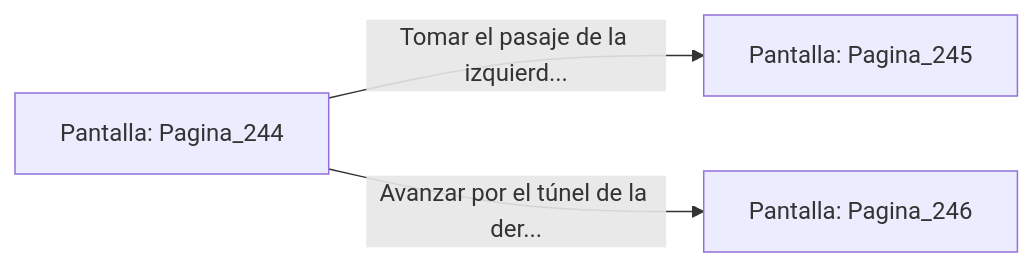
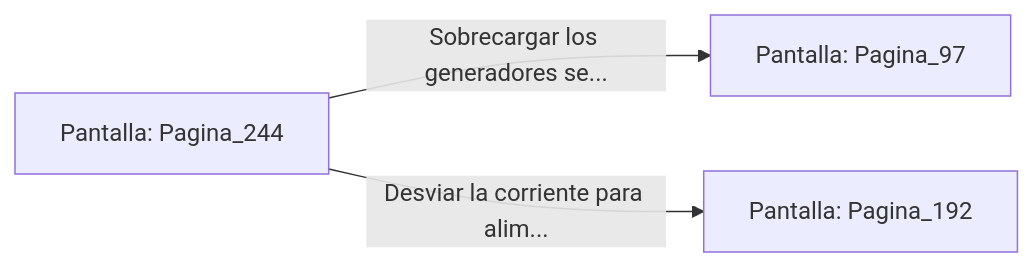
The diagram in sample/eligejuego-vault/Pantalla_Pagina_244.md (metsuke/mpl), drawn with Mermaid before and after one commit. The commit also changed other lines of this file and 635 other files, not shown here.

First line of the commit message:
fix: añadir Pagina_1 como pantalla inicial en capitulo_01.mpl

````diff
--- a/sample/eligejuego-vault/Pantalla_Pagina_244.md
+++ b/sample/eligejuego-vault/Pantalla_Pagina_244.md
@@ -20,6 +22,6 @@
 ```mermaid
 graph LR
     P_Pagina_244["Pantalla: Pagina_244"]
-    P_Pagina_244 -->|"Tomar el pasaje de la izquierd..."| P_Pagina_245["Pantalla: Pagina_245"]
-    P_Pagina_244 -->|"Avanzar por el túnel de la der..."| P_Pagina_246["Pantalla: Pagina_246"]
+    P_Pagina_244 -->|"Sobrecargar los generadores se..."| P_Pagina_97["Pantalla: Pagina_97"]
+    P_Pagina_244 -->|"Desviar la corriente para alim..."| P_Pagina_192["Pantalla: Pagina_192"]
 ```
````
